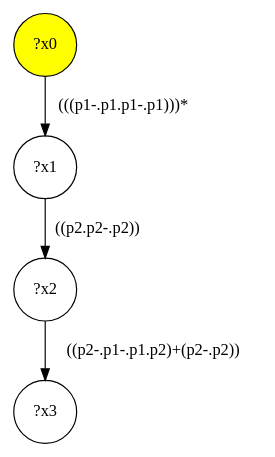
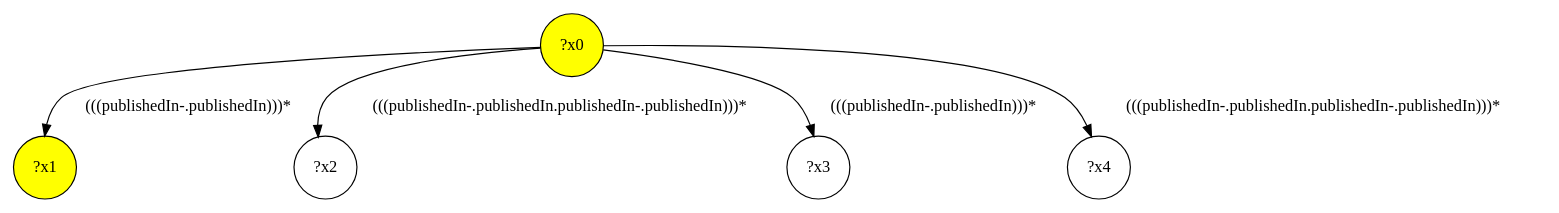
One commit to gbagan/gmark changed the diagram in src/queryinterface/interface-queries/query-8.dot. Above: the diagram before and after it, drawn with Graphviz. The commit also changed 150 other files, not shown here.

```diff
--- a/src/queryinterface/interface-queries/query-8.dot
+++ b/src/queryinterface/interface-queries/query-8.dot
@@ -1,9 +1,11 @@
 digraph g {
 	x0 [fillcolor="yellow", style="filled," shape=circle, label="?x0"];
-	x1 [shape=circle, label="?x1"];
-	x0 -> x1 [label="(((p1-.p1.p1-.p1)))*"];
+	x1 [fillcolor="yellow", style="filled," shape=circle, label="?x1"];
+	x0 -> x1 [label="(((publishedIn-.publishedIn)))*"];
 	x2 [shape=circle, label="?x2"];
-	x1 -> x2 [label="((p2.p2-.p2))"];
+	x0 -> x2 [label="(((publishedIn-.publishedIn.publishedIn-.publishedIn)))*"];
 	x3 [shape=circle, label="?x3"];
-	x2 -> x3 [label="((p2-.p1-.p1.p2)+(p2-.p2))"];
+	x0 -> x3 [label="(((publishedIn-.publishedIn)))*"];
+	x4 [shape=circle, label="?x4"];
+	x0 -> x4 [label="(((publishedIn-.publishedIn.publishedIn-.publishedIn)))*"];
 }
```
